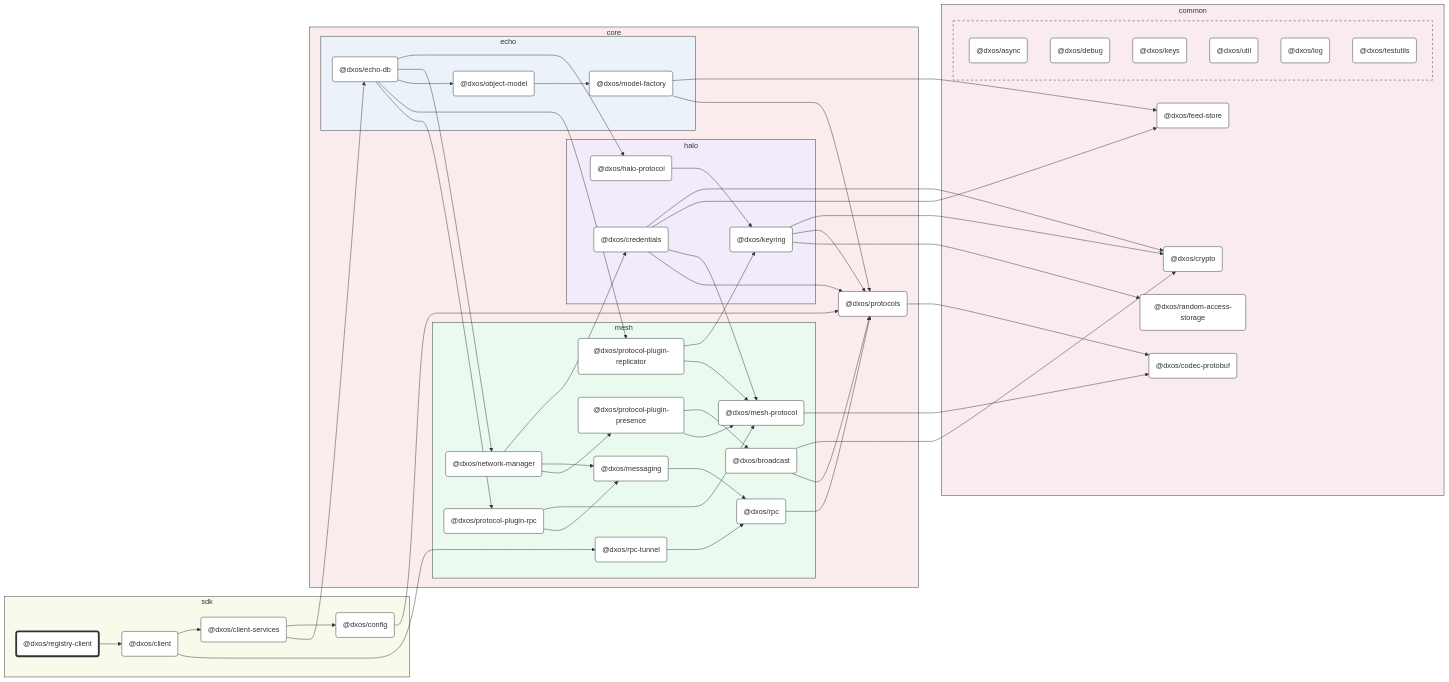
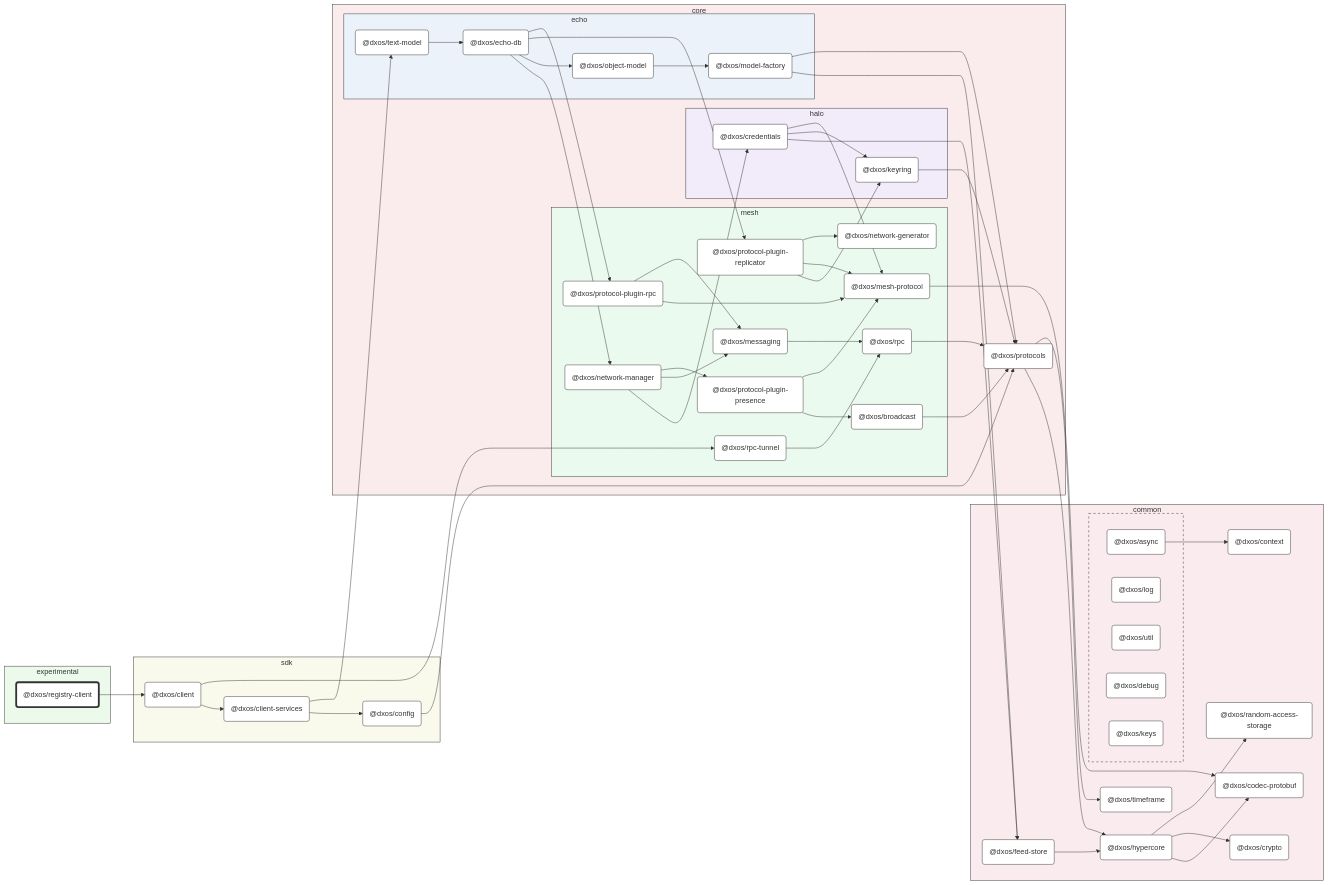
The diagram in packages/experimental/registry-client/docs/README.md (dxos/dxos), drawn with Mermaid before and after one commit. The commit also changed other lines of this file and 95 other files, not shown here.

Commit message:
Class diagrams.

````diff
--- a/packages/experimental/registry-client/docs/README.md
+++ b/packages/experimental/registry-client/docs/README.md
@@ -15,10 +15,14 @@
 
 %% Nodes
 
+subgraph experimental [experimental]
+  style experimental fill:#ecfaeb,stroke:#333
+  dxos/registry-client("@dxos/registry-client"):::root
+  click dxos/registry-client "dxos/dxos/tree/main/packages/experimental/registry-client/docs"
+end
+
 subgraph sdk [sdk]
   style sdk fill:#f9faeb,stroke:#333
-  dxos/registry-client("@dxos/registry-client"):::root
-  click dxos/registry-client "dxos/dxos/tree/main/packages/sdk/registry-client/docs"
   dxos/client("@dxos/client"):::def
   click dxos/client "dxos/dxos/tree/main/packages/sdk/client/docs"
   dxos/client-services("@dxos/client-services"):::def
@@ -29,29 +33,33 @@
 
 subgraph common [common]
   style common fill:#faebee,stroke:#333
+  dxos/context("@dxos/context"):::def
+  click dxos/context "dxos/dxos/tree/main/packages/common/context/docs"
   dxos/codec-protobuf("@dxos/codec-protobuf"):::def
   click dxos/codec-protobuf "dxos/dxos/tree/main/packages/common/codec-protobuf/docs"
+  dxos/hypercore("@dxos/hypercore"):::def
+  click dxos/hypercore "dxos/dxos/tree/main/packages/common/hypercore/docs"
   dxos/crypto("@dxos/crypto"):::def
   click dxos/crypto "dxos/dxos/tree/main/packages/common/crypto/docs"
+  dxos/random-access-storage("@dxos/random-access-storage"):::def
+  click dxos/random-access-storage "dxos/dxos/tree/main/packages/common/random-access-storage/docs"
+  dxos/timeframe("@dxos/timeframe"):::def
+  click dxos/timeframe "dxos/dxos/tree/main/packages/common/timeframe/docs"
   dxos/feed-store("@dxos/feed-store"):::def
   click dxos/feed-store "dxos/dxos/tree/main/packages/common/feed-store/docs"
-  dxos/random-access-storage("@dxos/random-access-storage"):::def
-  click dxos/random-access-storage "dxos/dxos/tree/main/packages/common/random-access-storage/docs"
 
   subgraph _ [ ]
     style _ fill:#faebee,stroke:#333,stroke-dasharray:5 5
     dxos/async("@dxos/async"):::def
     click dxos/async "dxos/dxos/tree/main/packages/common/async/docs"
+    dxos/log("@dxos/log"):::def
+    click dxos/log "dxos/dxos/tree/main/packages/common/log/docs"
+    dxos/util("@dxos/util"):::def
+    click dxos/util "dxos/dxos/tree/main/packages/common/util/docs"
     dxos/debug("@dxos/debug"):::def
     click dxos/debug "dxos/dxos/tree/main/packages/common/debug/docs"
     dxos/keys("@dxos/keys"):::def
     click dxos/keys "dxos/dxos/tree/main/packages/common/keys/docs"
-    dxos/util("@dxos/util"):::def
-    click dxos/util "dxos/dxos/tree/main/packages/common/util/docs"
-    dxos/log("@dxos/log"):::def
-    click dxos/log "dxos/dxos/tree/main/packages/common/log/docs"
-    dxos/testutils("@dxos/testutils"):::def
-    click dxos/testutils "dxos/dxos/tree/main/packages/common/testutils/docs"
   end
 end
 
@@ -64,8 +72,6 @@
     style halo fill:#f1ebfa,stroke:#333
     dxos/credentials("@dxos/credentials"):::def
     click dxos/credentials "dxos/dxos/tree/main/packages/core/halo/credentials/docs"
-    dxos/halo-protocol("@dxos/halo-protocol"):::def
-    click dxos/halo-protocol "dxos/dxos/tree/main/packages/core/halo/halo-protocol/docs"
     dxos/keyring("@dxos/keyring"):::def
     click dxos/keyring "dxos/dxos/tree/main/packages/core/halo/keyring/docs"
   end
@@ -86,6 +92,8 @@
     click dxos/broadcast "dxos/dxos/tree/main/packages/core/mesh/broadcast/docs"
     dxos/protocol-plugin-replicator("@dxos/protocol-plugin-replicator"):::def
     click dxos/protocol-plugin-replicator "dxos/dxos/tree/main/packages/core/mesh/protocol-plugin-replicator/docs"
+    dxos/network-generator("@dxos/network-generator"):::def
+    click dxos/network-generator "dxos/dxos/tree/main/packages/core/mesh/network-generator/docs"
     dxos/protocol-plugin-rpc("@dxos/protocol-plugin-rpc"):::def
     click dxos/protocol-plugin-rpc "dxos/dxos/tree/main/packages/core/mesh/protocol-plugin-rpc/docs"
     dxos/rpc-tunnel("@dxos/rpc-tunnel"):::def
@@ -100,27 +108,29 @@
     click dxos/model-factory "dxos/dxos/tree/main/packages/core/echo/model-factory/docs"
     dxos/object-model("@dxos/object-model"):::def
     click dxos/object-model "dxos/dxos/tree/main/packages/core/echo/object-model/docs"
+    dxos/text-model("@dxos/text-model"):::def
+    click dxos/text-model "dxos/dxos/tree/main/packages/core/echo/text-model/docs"
   end
 end
 
 %% Links
 linkStyle default stroke:#333,stroke-width:1px
 dxos/registry-client --> dxos/client
+dxos/async --> dxos/context
 dxos/client --> dxos/client-services
 dxos/client-services --> dxos/config
 dxos/config --> dxos/protocols
-dxos/protocols --> dxos/codec-protobuf
-dxos/credentials --> dxos/crypto
+dxos/protocols --> dxos/hypercore
+dxos/hypercore --> dxos/codec-protobuf
+dxos/hypercore --> dxos/crypto
+dxos/hypercore --> dxos/random-access-storage
+dxos/protocols --> dxos/timeframe
 dxos/credentials --> dxos/feed-store
+dxos/feed-store --> dxos/hypercore
+dxos/credentials --> dxos/keyring
+dxos/keyring --> dxos/protocols
 dxos/credentials --> dxos/mesh-protocol
 dxos/mesh-protocol --> dxos/codec-protobuf
-dxos/credentials --> dxos/protocols
-dxos/client-services --> dxos/echo-db
-dxos/echo-db --> dxos/halo-protocol
-dxos/halo-protocol --> dxos/keyring
-dxos/keyring --> dxos/crypto
-dxos/keyring --> dxos/protocols
-dxos/keyring --> dxos/random-access-storage
 dxos/messaging --> dxos/rpc
 dxos/rpc --> dxos/protocols
 dxos/model-factory --> dxos/feed-store
@@ -130,7 +140,6 @@
 dxos/network-manager --> dxos/messaging
 dxos/network-manager --> dxos/protocol-plugin-presence
 dxos/protocol-plugin-presence --> dxos/broadcast
-dxos/broadcast --> dxos/crypto
 dxos/broadcast --> dxos/protocols
 dxos/protocol-plugin-presence --> dxos/mesh-protocol
 dxos/echo-db --> dxos/object-model
@@ -138,9 +147,12 @@
 dxos/echo-db --> dxos/protocol-plugin-replicator
 dxos/protocol-plugin-replicator --> dxos/keyring
 dxos/protocol-plugin-replicator --> dxos/mesh-protocol
+dxos/protocol-plugin-replicator --> dxos/network-generator
 dxos/echo-db --> dxos/protocol-plugin-rpc
 dxos/protocol-plugin-rpc --> dxos/mesh-protocol
 dxos/protocol-plugin-rpc --> dxos/messaging
+dxos/client-services --> dxos/text-model
+dxos/text-model --> dxos/echo-db
 dxos/client --> dxos/rpc-tunnel
 dxos/rpc-tunnel --> dxos/rpc
 ```
````
